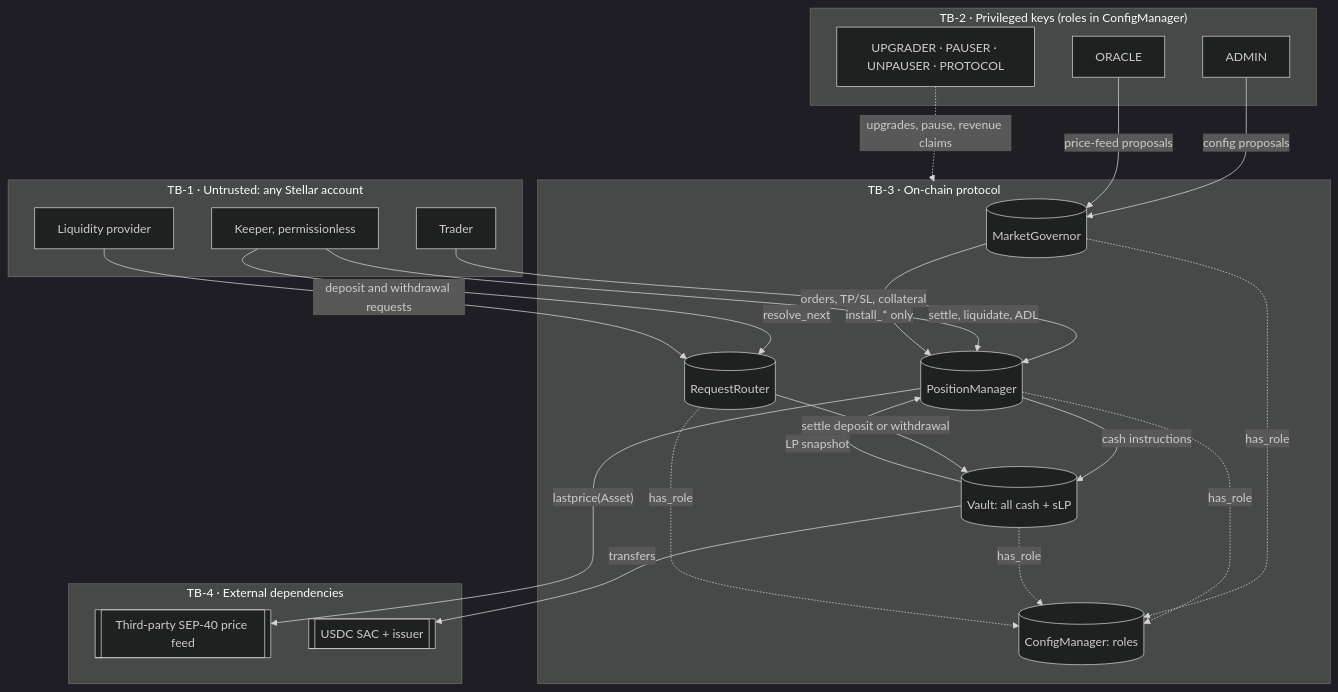
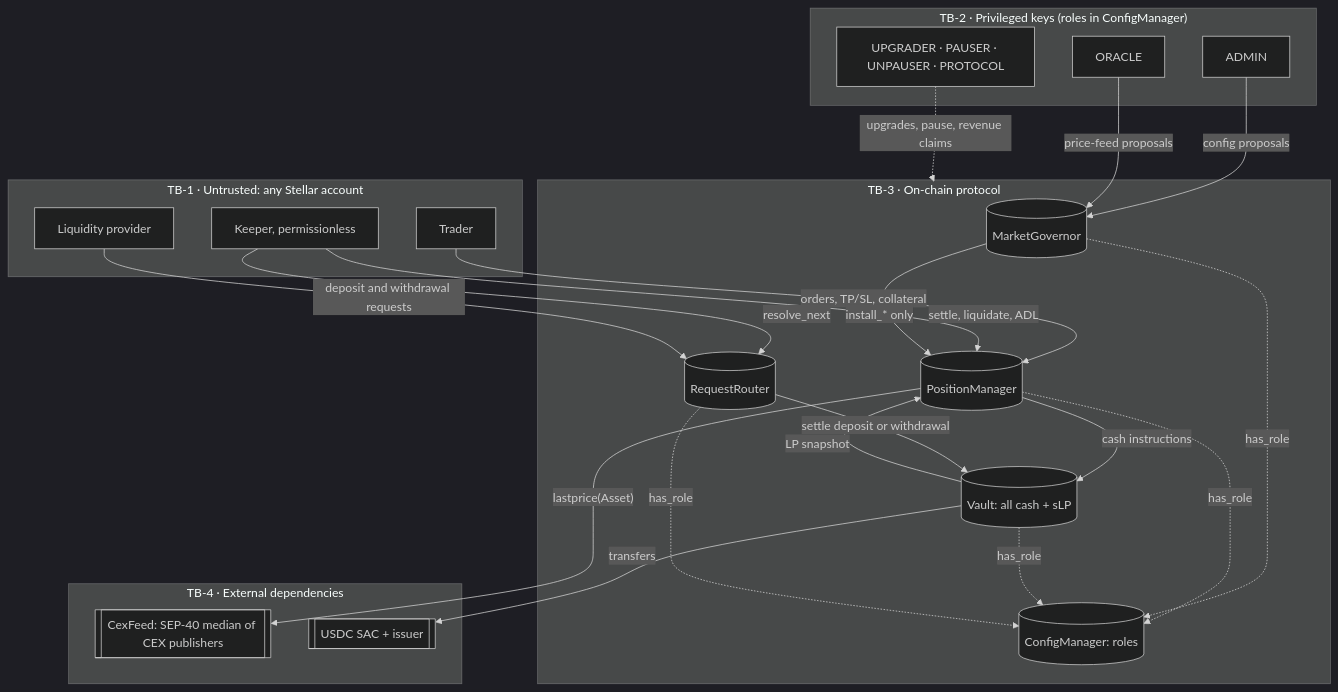
Before and after one commit to win-trader/contracts: the diagram in THREAT_MODEL.md, drawn with Mermaid (dark theme). The commit also changed other lines of this file and 3 other files, not shown here.

First line of the commit message:
docs: the price feed is the in-house cex-feed and in scope (T-27)

````diff
--- a/THREAT_MODEL.md
+++ b/THREAT_MODEL.md
@@ -31,42 +31,42 @@
 ```mermaid
 flowchart TB
   subgraph EXT["TB-1 · Untrusted: any Stellar account"]
     T[Trader]
     LP[Liquidity provider]
     K[Keeper, permissionless]
   end
 
   subgraph PRIV["TB-2 · Privileged keys (roles in ConfigManager)"]
     ADM[ADMIN]
     ORA[ORACLE]
     OPS[UPGRADER · PAUSER · UNPAUSER · PROTOCOL]
   end
 
   subgraph CHAIN["TB-3 · On-chain protocol"]
     GOV[(MarketGovernor)]
     PM[(PositionManager)]
     RR[(RequestRouter)]
     V[(Vault: all cash + sLP)]
     CM[(ConfigManager: roles)]
   end
 
   subgraph DEP["TB-4 · External dependencies"]
-    PF[[Third-party SEP-40 price feed]]
+    PF[[CexFeed: SEP-40 median of CEX publishers]]
     TOK[[USDC SAC + issuer]]
   end
 
   T -->|orders, TP/SL, collateral| PM
   K -->|settle, liquidate, ADL| PM
   K -->|resolve_next| RR
   LP -->|deposit and withdrawal requests| RR
   ADM -->|config proposals| GOV
   ORA -->|price-feed proposals| GOV
   OPS -.->|upgrades, pause, revenue claims| CHAIN
   GOV -->|install_* only| PM
   PM -->|cash instructions| V
   V -->|LP snapshot| PM
   RR -->|settle deposit or withdrawal| V
   PM -->|"lastprice(Asset)"| PF
   V -->|transfers| TOK
   GOV & PM & V & RR -.->|has_role| CM
 ```
````
